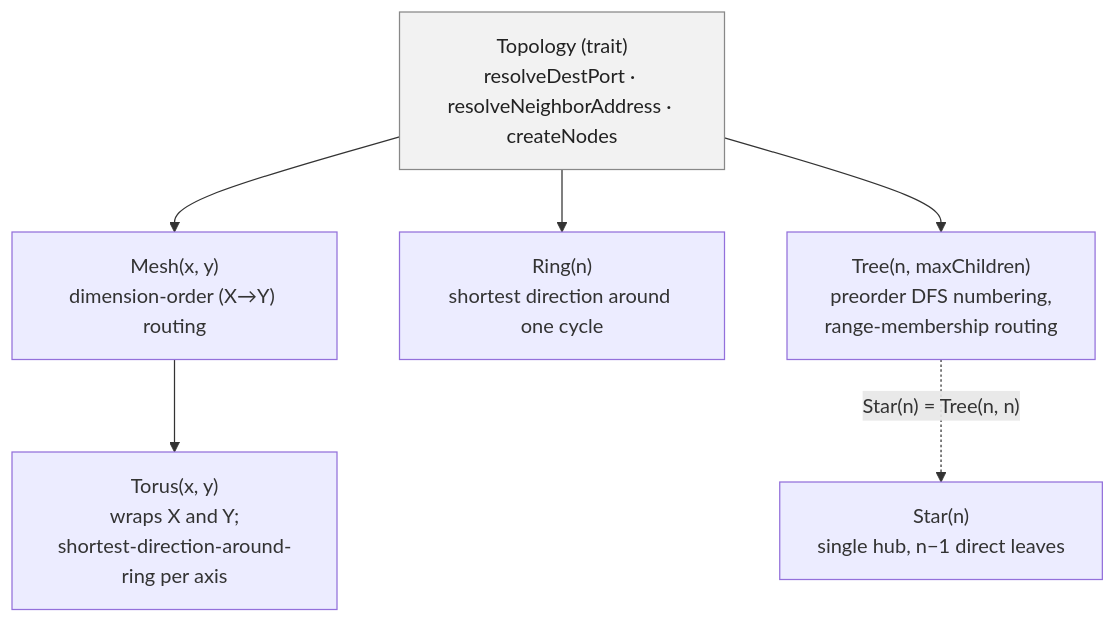
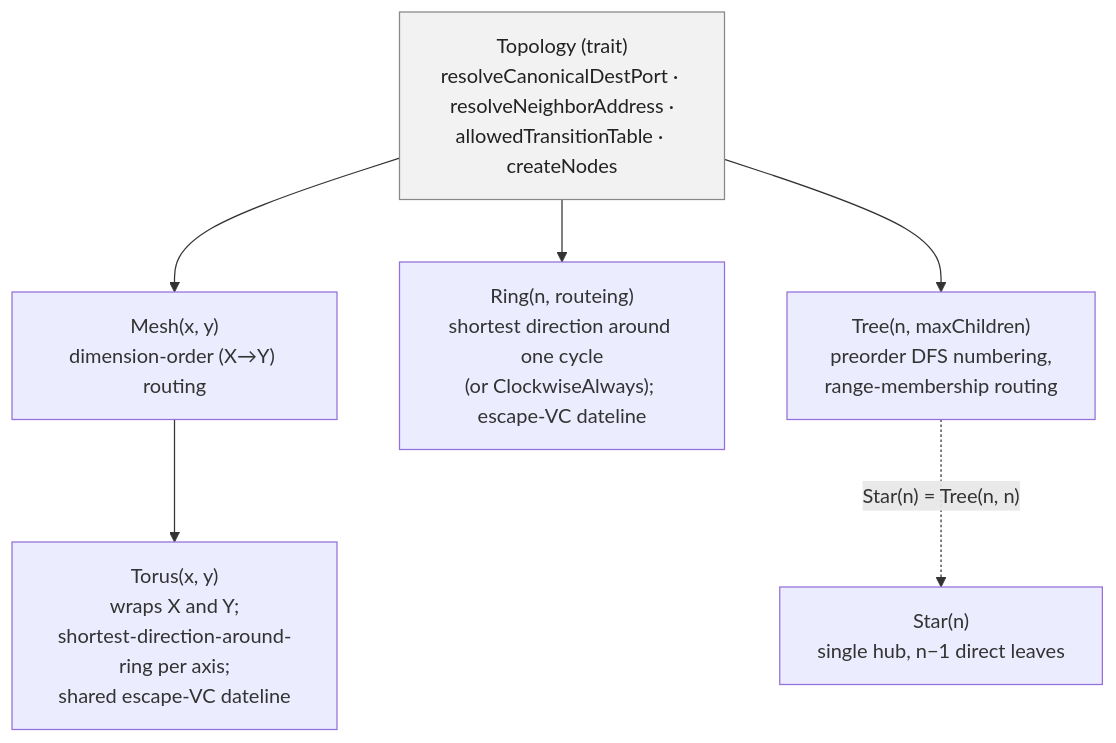
Before and after one commit to jdavidberger/SpinalHDLExtras: the second of 16 diagrams in hw/spinal/spinalextras/lib/noc/README.md, drawn with Mermaid. The commit also changed other lines of this file, not shown here.

First line of the commit message:
Rewrite lib/noc README to match current architecture

````diff
--- a/hw/spinal/spinalextras/lib/noc/README.md
+++ b/hw/spinal/spinalextras/lib/noc/README.md
@@ -97,10 +144,10 @@
 ```mermaid
 flowchart TB
   classDef trait fill:#f2f2f2,stroke:#888,color:#222
-  T["Topology (trait)<br/>resolveDestPort · resolveNeighborAddress · createNodes"]:::trait
+  T["Topology (trait)<br/>resolveCanonicalDestPort · resolveNeighborAddress ·<br/>allowedTransitionTable · createNodes"]:::trait
   T --> Mesh["Mesh(x, y)<br/>dimension-order (X→Y) routing"]
-  Mesh --> Torus["Torus(x, y)<br/>wraps X and Y;<br/>shortest-direction-around-ring per axis"]
-  T --> Ring["Ring(n)<br/>shortest direction around one cycle"]
+  Mesh --> Torus["Torus(x, y)<br/>wraps X and Y;<br/>shortest-direction-around-ring per axis;<br/>shared escape-VC dateline"]
+  T --> Ring["Ring(n, routeing)<br/>shortest direction around one cycle<br/>(or ClockwiseAlways); escape-VC dateline"]
   T --> Tree["Tree(n, maxChildren)<br/>preorder DFS numbering,<br/>range-membership routing"]
   Tree -. "Star(n) = Tree(n, n)" .-> Star["Star(n)<br/>single hub, n−1 direct leaves"]
 ```
````
